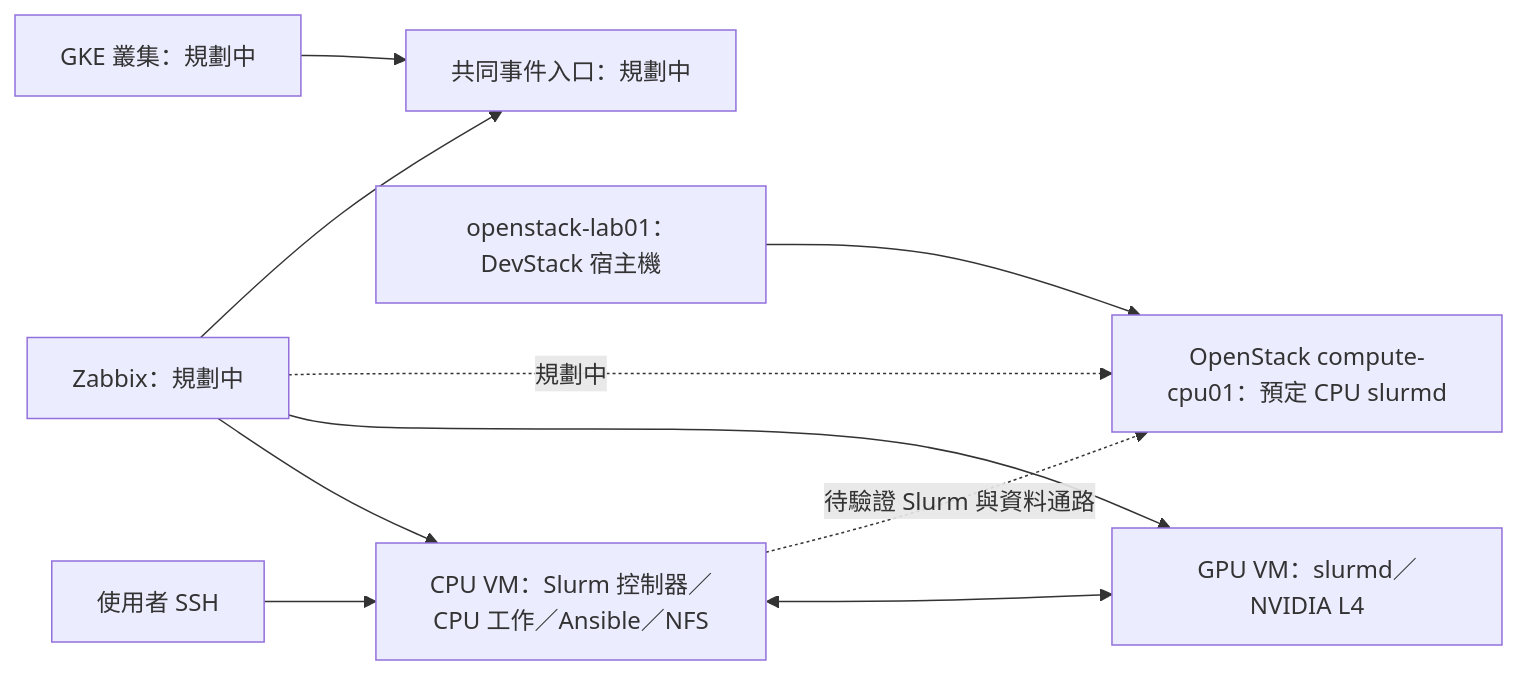
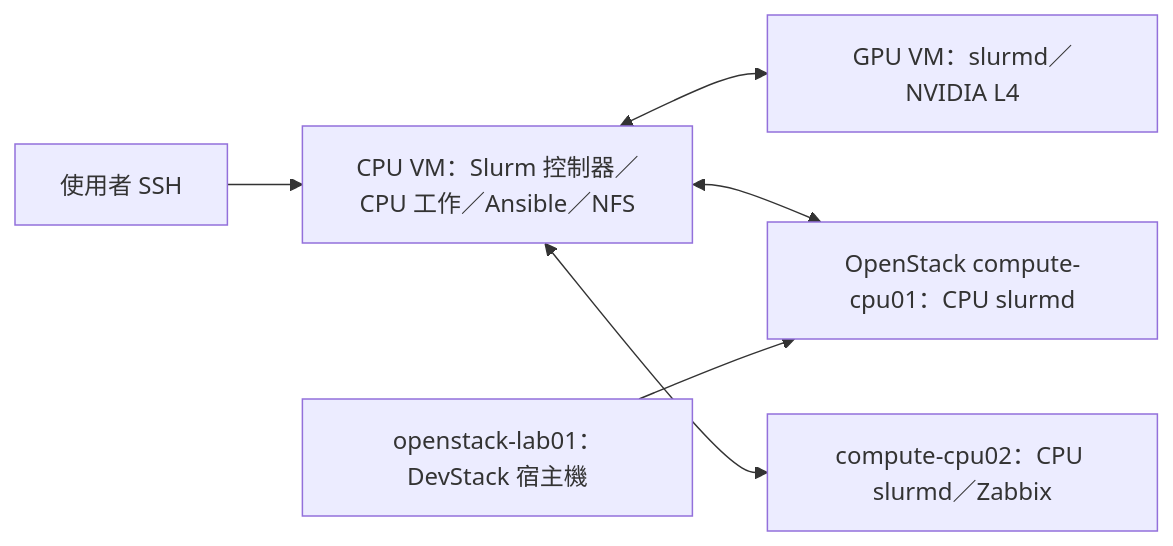
The diagram in project/README.md (davidtestdocker/hpc-architect), drawn with Mermaid before and after one commit. The commit also changed other lines of this file and 6 other files, not shown here.

````diff
--- a/project/README.md
+++ b/project/README.md
@@ -16,12 +14,8 @@
 ```mermaid
 flowchart LR
   U[使用者 SSH] --> C[CPU VM：Slurm 控制器／CPU 工作／Ansible／NFS]
   C <--> G[GPU VM：slurmd／NVIDIA L4]
-  C -. 待驗證 Slurm 與資料通路 .-> O[OpenStack compute-cpu01：預定 CPU slurmd]
+  C <--> O[OpenStack compute-cpu01：CPU slurmd]
   H[openstack-lab01：DevStack 宿主機] --> O
-  Z[Zabbix：規劃中] --> C
-  Z --> G
-  Z -. 規劃中 .-> O
-  Z --> E[共同事件入口：規劃中]
-  K[GKE 叢集：規劃中] --> E
+  C <--> T[compute-cpu02：CPU slurmd／Zabbix]
 ```
````
